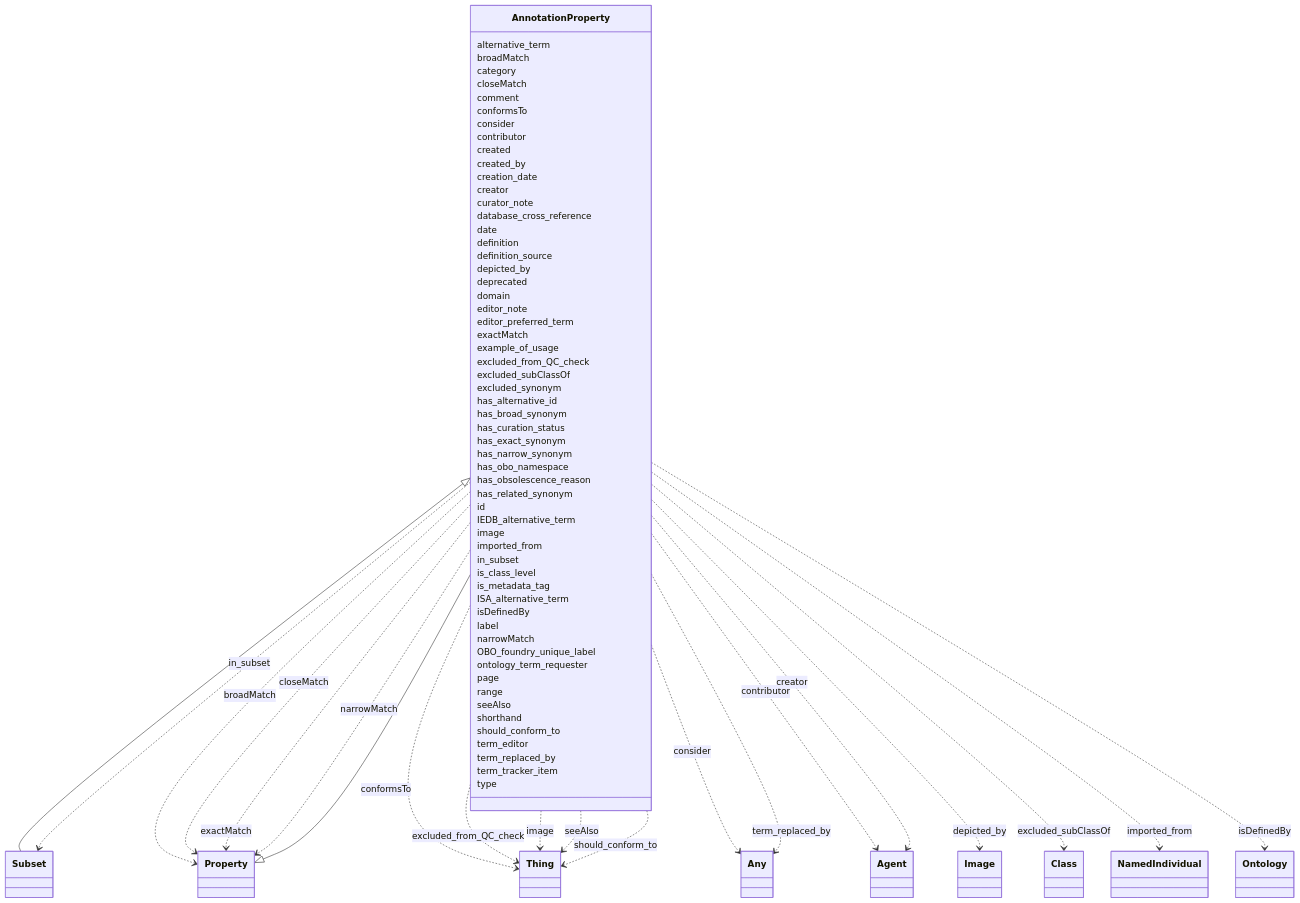
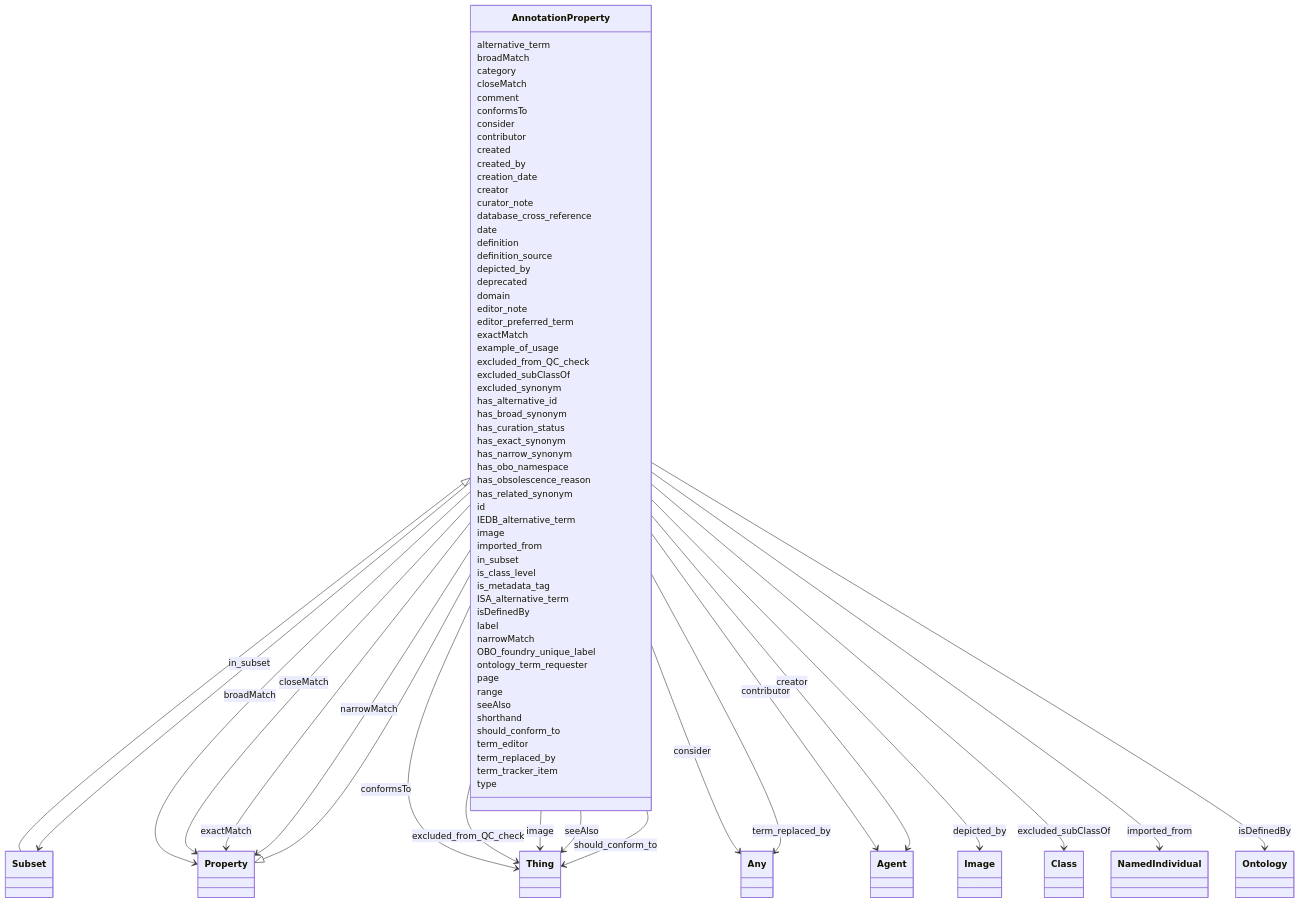
One commit to dalito/ontology-access-kit changed the diagram in ontology-metadata/AnnotationProperty.md. Above: the diagram before and after it, drawn with Mermaid. The commit also changed other lines of this file and 3370 other files, not shown here.

```diff
--- a/ontology-metadata/AnnotationProperty.md
+++ b/ontology-metadata/AnnotationProperty.md
@@ -21,27 +25,27 @@
         
       AnnotationProperty : broadMatch
         
-          AnnotationProperty ..> Property : broadMatch
+          AnnotationProperty --> Property : broadMatch
         
       AnnotationProperty : category
         
       AnnotationProperty : closeMatch
         
-          AnnotationProperty ..> Property : closeMatch
+          AnnotationProperty --> Property : closeMatch
         
       AnnotationProperty : comment
         
       AnnotationProperty : conformsTo
         
-          AnnotationProperty ..> Thing : conformsTo
+          AnnotationProperty --> Thing : conformsTo
         
       AnnotationProperty : consider
         
-          AnnotationProperty ..> Any : consider
+          AnnotationProperty --> Any : consider
         
       AnnotationProperty : contributor
         
-          AnnotationProperty ..> Agent : contributor
+          AnnotationProperty --> Agent : contributor
         
       AnnotationProperty : created
         
@@ -51,7 +55,7 @@
         
       AnnotationProperty : creator
         
-          AnnotationProperty ..> Agent : creator
+          AnnotationProperty --> Agent : creator
         
       AnnotationProperty : curator_note
         
@@ -65,7 +69,7 @@
         
       AnnotationProperty : depicted_by
         
-          AnnotationProperty ..> Image : depicted_by
+          AnnotationProperty --> Image : depicted_by
         
       AnnotationProperty : deprecated
         
@@ -77,17 +81,17 @@
         
       AnnotationProperty : exactMatch
         
-          AnnotationProperty ..> Property : exactMatch
+          AnnotationProperty --> Property : exactMatch
         
       AnnotationProperty : example_of_usage
         
       AnnotationProperty : excluded_from_QC_check
         
-          AnnotationProperty ..> Thing : excluded_from_QC_check
+          AnnotationProperty --> Thing : excluded_from_QC_check
         
       AnnotationProperty : excluded_subClassOf
         
-          AnnotationProperty ..> Class : excluded_subClassOf
+          AnnotationProperty --> Class : excluded_subClassOf
         
       AnnotationProperty : excluded_synonym
         
@@ -113,15 +117,15 @@
         
       AnnotationProperty : image
         
-          AnnotationProperty ..> Thing : image
+          AnnotationProperty --> Thing : image
         
       AnnotationProperty : imported_from
         
-          AnnotationProperty ..> NamedIndividual : imported_from
+          AnnotationProperty --> NamedIndividual : imported_from
         
       AnnotationProperty : in_subset
         
-          AnnotationProperty ..> Subset : in_subset
+          AnnotationProperty --> Subset : in_subset
         
       AnnotationProperty : is_class_level
         
@@ -131,13 +135,13 @@
         
       AnnotationProperty : isDefinedBy
         
-          AnnotationProperty ..> Ontology : isDefinedBy
+          AnnotationProperty --> Ontology : isDefinedBy
         
       AnnotationProperty : label
         
       AnnotationProperty : narrowMatch
         
-          AnnotationProperty ..> Property : narrowMatch
+          AnnotationProperty --> Property : narrowMatch
         
       AnnotationProperty : OBO_foundry_unique_label
         
@@ -149,19 +153,19 @@
         
       AnnotationProperty : seeAlso
         
-          AnnotationProperty ..> Thing : seeAlso
+          AnnotationProperty --> Thing : seeAlso
         
       AnnotationProperty : shorthand
         
       AnnotationProperty : should_conform_to
         
-          AnnotationProperty ..> Thing : should_conform_to
+          AnnotationProperty --> Thing : should_conform_to
         
       AnnotationProperty : term_editor
         
       AnnotationProperty : term_replaced_by
         
-          AnnotationProperty ..> Any : term_replaced_by
+          AnnotationProperty --> Any : term_replaced_by
         
       AnnotationProperty : term_tracker_item
         
```
